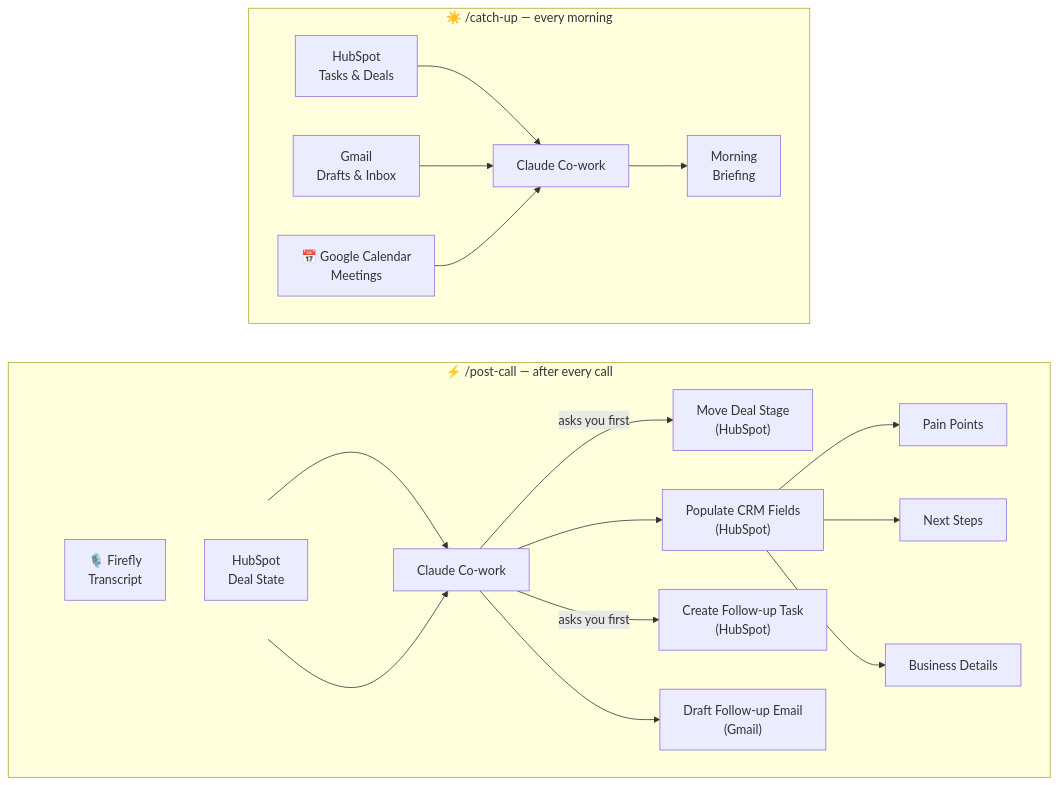
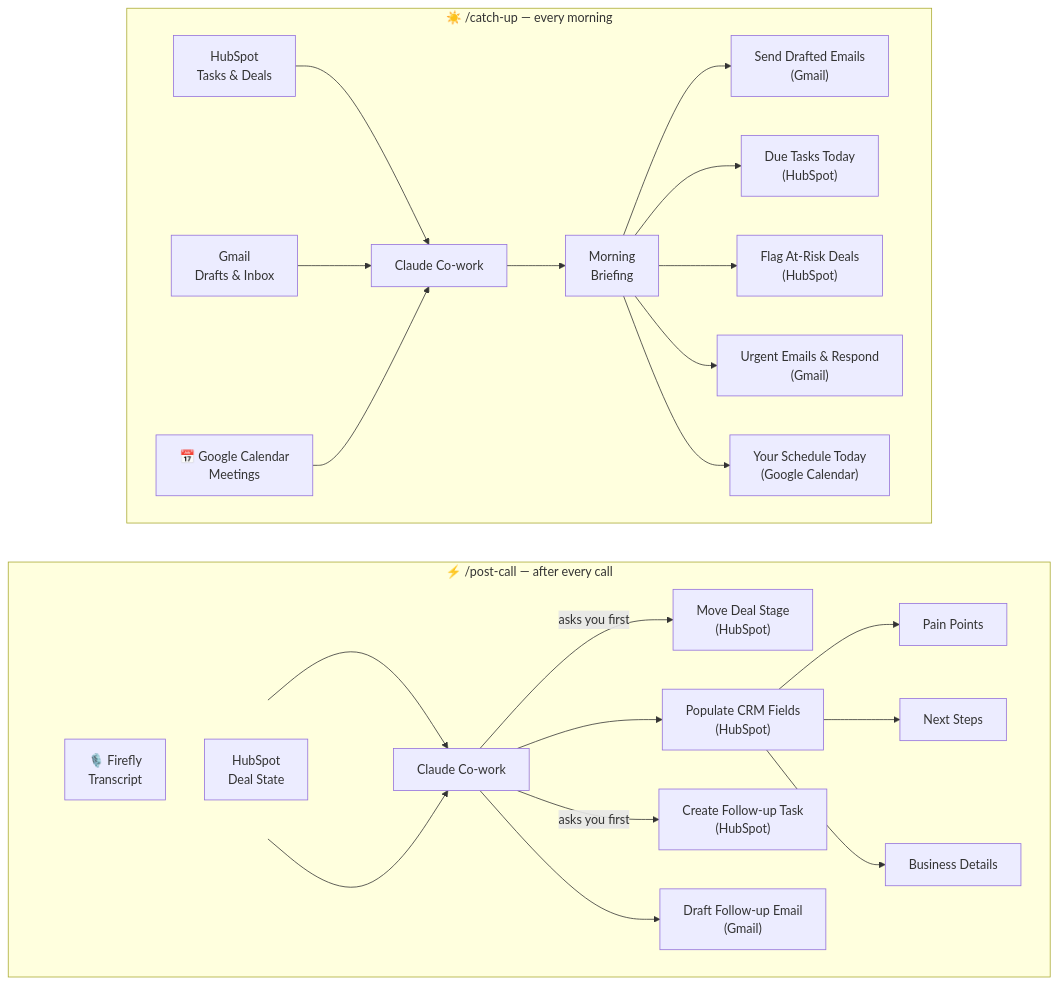
Before and after one commit to yuji-jeong/cowork-post-call: the diagram in README.md, drawn with Mermaid.

Commit message:
Update catch-up diagram: add 5 output boxes

````diff
--- a/README.md
+++ b/README.md
@@ -20,46 +20,56 @@
 ```mermaid
 flowchart LR
     subgraph pc ["⚡ /post-call — after every call"]
         direction LR
 
         subgraph inputs [" "]
             direction TB
             FLY["🎙️ Firefly\nTranscript"]
             HS_IN["HubSpot\nDeal State"]
         end
         style inputs fill:none,stroke:none
 
         CW1["Claude Co-work"]
         HS_STAGE["Move Deal Stage\n(HubSpot)"]
         HS_CRM["Populate CRM Fields\n(HubSpot)"]
         HS_PAIN["Pain Points"]
         HS_NEXT["Next Steps"]
         HS_OTHER["Business Details"]
         HS_TASK["Create Follow-up Task\n(HubSpot)"]
         GM1["Draft Follow-up Email\n(Gmail)"]
 
         FLY --> CW1
         HS_IN --> CW1
         CW1 -->|"asks you first"| HS_STAGE
         CW1 --> HS_CRM
         HS_CRM --> HS_PAIN
         HS_CRM --> HS_NEXT
         HS_CRM --> HS_OTHER
         CW1 -->|"asks you first"| HS_TASK
         CW1 --> GM1
     end
 
     subgraph cu ["☀️ /catch-up — every morning"]
         direction LR
         HS4["HubSpot\nTasks & Deals"]
         GM2["Gmail\nDrafts & Inbox"]
         GC["📅 Google Calendar\nMeetings"]
         CW2["Claude Co-work"]
         OUT["Morning\nBriefing"]
+        CU1["Send Drafted Emails\n(Gmail)"]
+        CU2["Due Tasks Today\n(HubSpot)"]
+        CU3["Flag At-Risk Deals\n(HubSpot)"]
+        CU4["Urgent Emails & Respond\n(Gmail)"]
+        CU5["Your Schedule Today\n(Google Calendar)"]
 
         HS4 --> CW2
         GM2 --> CW2
         GC --> CW2
         CW2 --> OUT
+        OUT --> CU1
+        OUT --> CU2
+        OUT --> CU3
+        OUT --> CU4
+        OUT --> CU5
     end
 ```
````
